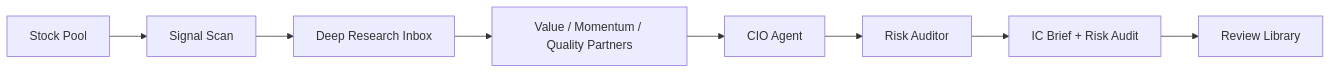
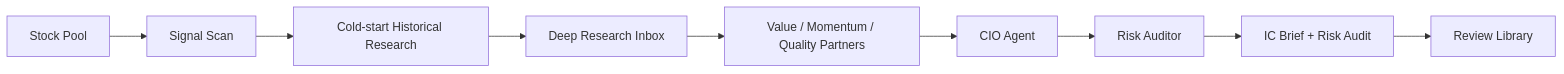
One commit to amanayayatu-tech/ksana changed the diagram in README.md. Above: the diagram before and after it, drawn with Mermaid. The commit also changed other lines of this file and 18 other files, not shown here.

Commit message:
Add cold-start research and LLM usage tracking

````diff
--- a/README.md
+++ b/README.md
@@ -27,10 +29,11 @@
 ```mermaid
 flowchart LR
     Pool["Stock Pool"] --> Scan["Signal Scan"]
-    Scan --> Inbox["Deep Research Inbox"]
+    Scan --> ColdStart["Cold-start Historical Research"]
+    ColdStart --> Inbox["Deep Research Inbox"]
     Inbox --> Agents["Value / Momentum / Quality Partners"]
     Agents --> CIO["CIO Agent"]
     CIO --> Risk["Risk Auditor"]
     Risk --> Reports["IC Brief + Risk Audit"]
     Reports --> Review["Review Library"]
 ```
````
